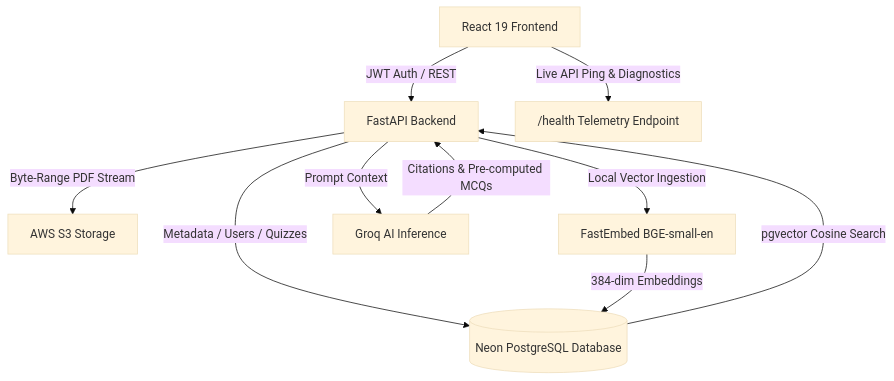
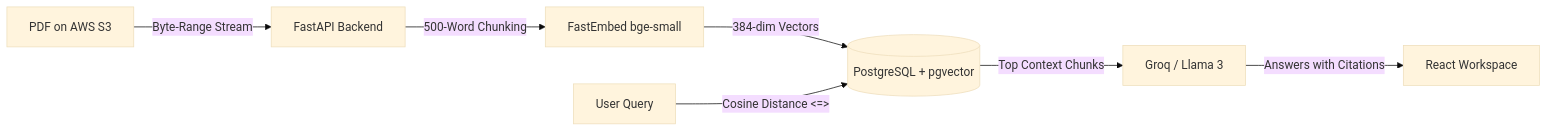
Before and after one commit to Pritii-9/DocMind-AI-Intelligent-Document-Analysis-Quiz-Studio: the diagram in README.md, drawn with Mermaid (base theme). The commit also changed other lines of this file, not shown here.

Commit message:
docs: clean and streamline README with architecture and engineering highlights

````diff
--- a/README.md
+++ b/README.md
@@ -63,12 +9,9 @@
 ```mermaid
-graph TD
-    Client[React 19 Frontend] -->|JWT Auth / REST| API[FastAPI Backend]
-    API -->|Metadata / Users / Quizzes| DB[(Neon PostgreSQL Database)]
-    API -->|Byte-Range PDF Stream| S3[AWS S3 Storage]
-    API -->|Local Vector Ingestion| FastEmbed[FastEmbed BGE-small-en]
-    FastEmbed -->|384-dim Embeddings| DB
-    DB -->|pgvector Cosine Search| API
-    API -->|Prompt Context| Groq[Groq AI Inference]
-    Groq -->|Citations & Pre-computed MCQs| API
-    Client -->|Live API Ping & Diagnostics| Health["/health Telemetry Endpoint"]
+graph LR
+    A[PDF on AWS S3] -->|Byte-Range Stream| B[FastAPI Backend]
+    B -->|500-Word Chunking| C[FastEmbed bge-small]
+    C -->|384-dim Vectors| D[(PostgreSQL + pgvector)]
+    E[User Query] -->|Cosine Distance <=>| D
+    D -->|Top Context Chunks| F[Groq / Llama 3]
+    F -->|Answers with Citations| G[React Workspace]
 ```
````
